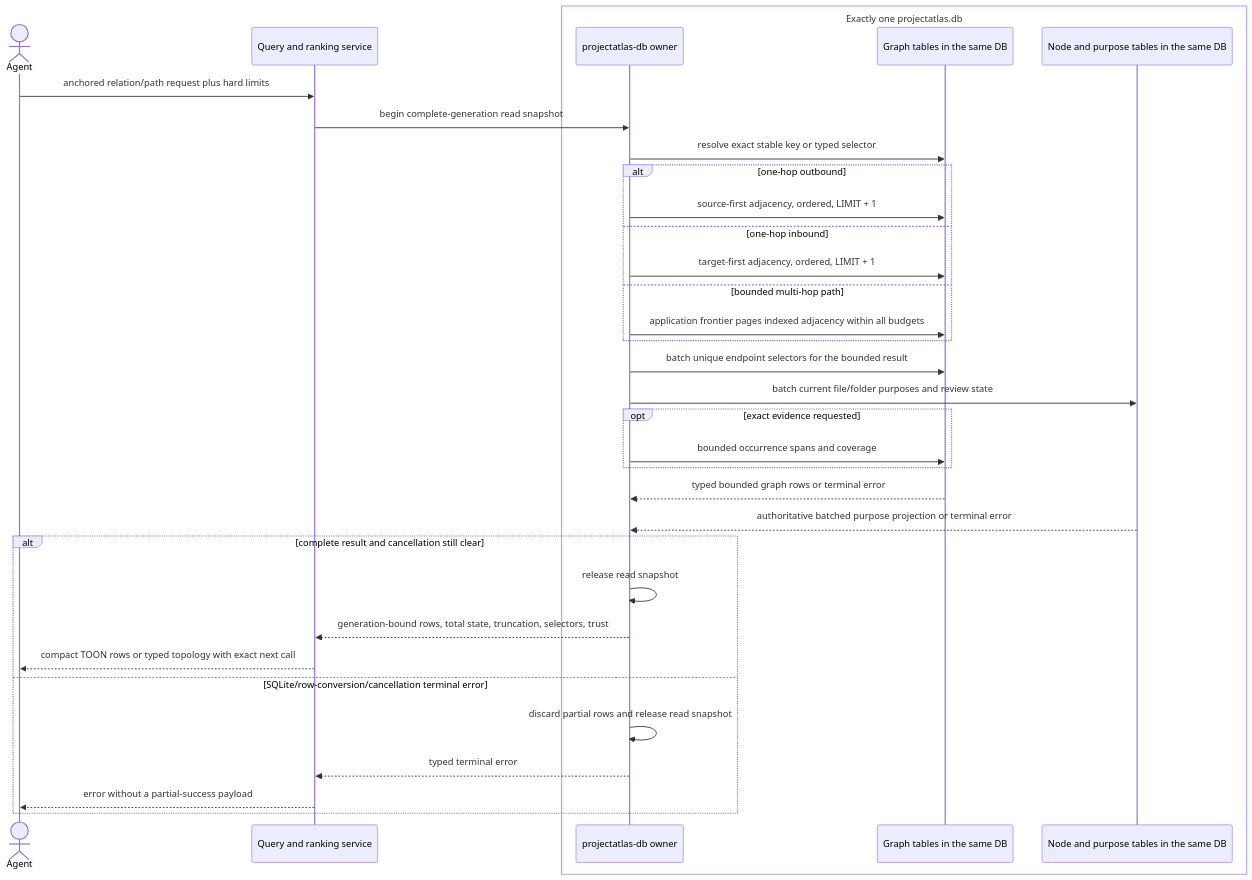
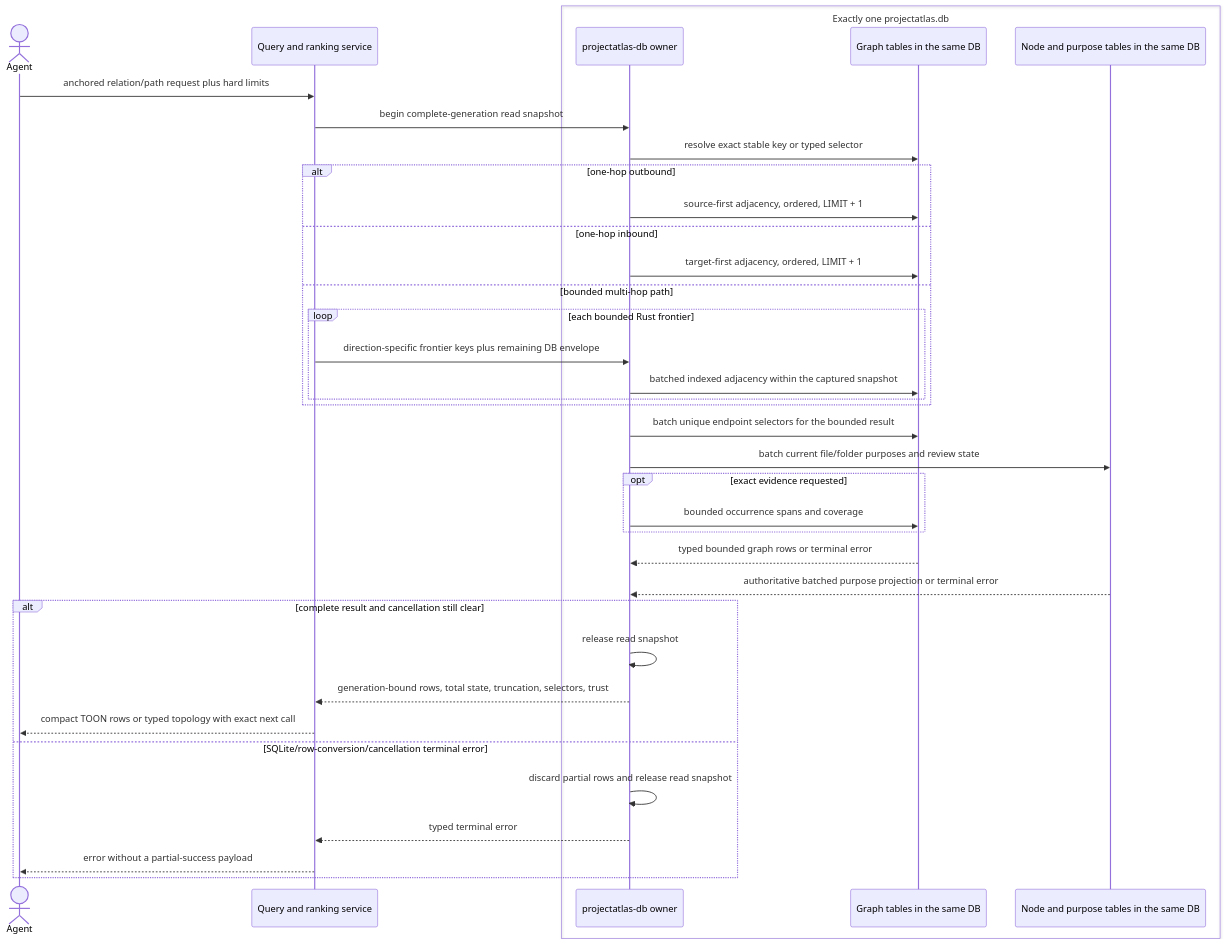
The fifth of 18 diagrams in docs/projectatlas-3-architecture.md (styler-ai/ProjectAtlas), drawn with Mermaid before and after one commit. The commit also changed other lines of this file and 96 other files, not shown here.

````diff
--- a/docs/projectatlas-3-architecture.md
+++ b/docs/projectatlas-3-architecture.md
@@ -517,37 +551,40 @@
 ```mermaid
 sequenceDiagram
     actor Agent
     participant Service as Query and ranking service
     box Exactly one projectatlas.db
         participant DB as projectatlas-db owner
         participant Graph as Graph tables in the same DB
         participant Atlas as Node and purpose tables in the same DB
     end
 
     Agent->>Service: anchored relation/path request plus hard limits
     Service->>DB: begin complete-generation read snapshot
     DB->>Graph: resolve exact stable key or typed selector
     alt one-hop outbound
         DB->>Graph: source-first adjacency, ordered, LIMIT + 1
     else one-hop inbound
         DB->>Graph: target-first adjacency, ordered, LIMIT + 1
     else bounded multi-hop path
-        DB->>Graph: application frontier pages indexed adjacency within all budgets
+        loop each bounded Rust frontier
+            Service->>DB: direction-specific frontier keys plus remaining DB envelope
+            DB->>Graph: batched indexed adjacency within the captured snapshot
+        end
     end
     DB->>Graph: batch unique endpoint selectors for the bounded result
     DB->>Atlas: batch current file/folder purposes and review state
     opt exact evidence requested
         DB->>Graph: bounded occurrence spans and coverage
     end
     Graph-->>DB: typed bounded graph rows or terminal error
     Atlas-->>DB: authoritative batched purpose projection or terminal error
     alt complete result and cancellation still clear
         DB->>DB: release read snapshot
         DB-->>Service: generation-bound rows, total state, truncation, selectors, trust
         Service-->>Agent: compact TOON rows or typed topology with exact next call
     else SQLite/row-conversion/cancellation terminal error
         DB->>DB: discard partial rows and release read snapshot
         DB-->>Service: typed terminal error
         Service-->>Agent: error without a partial-success payload
     end
 ```
````
